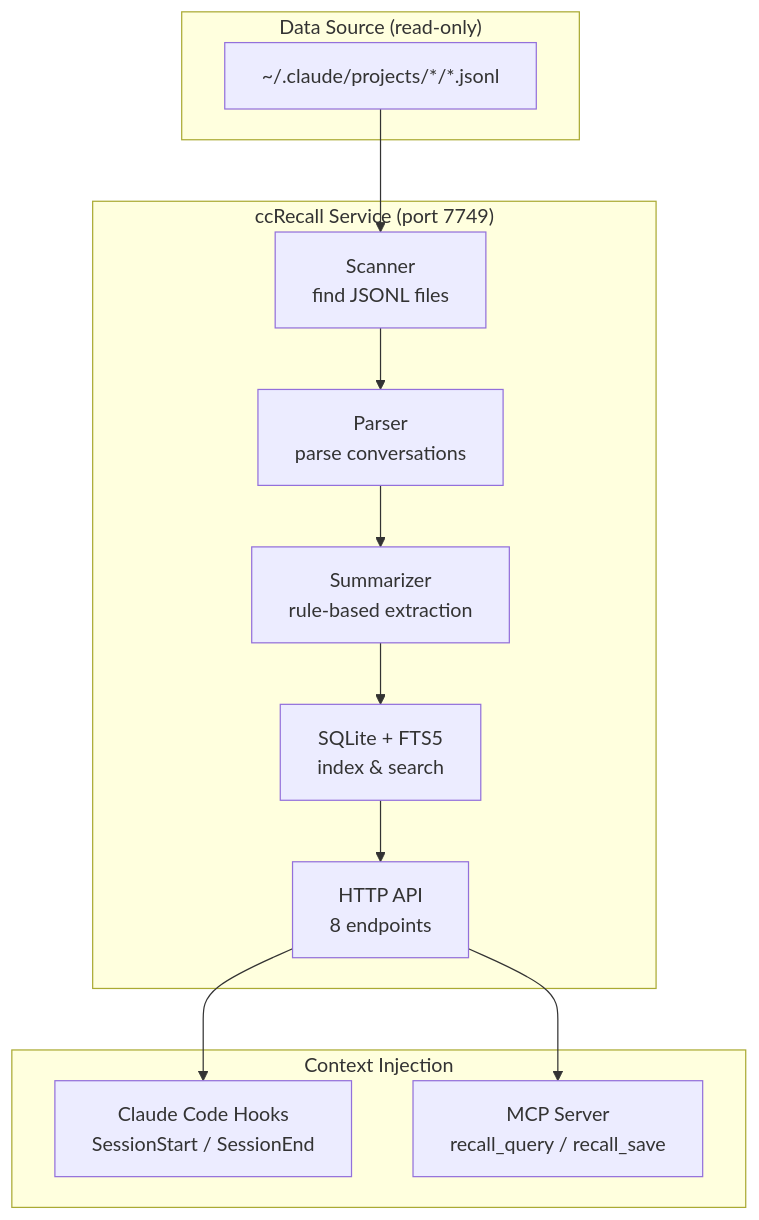
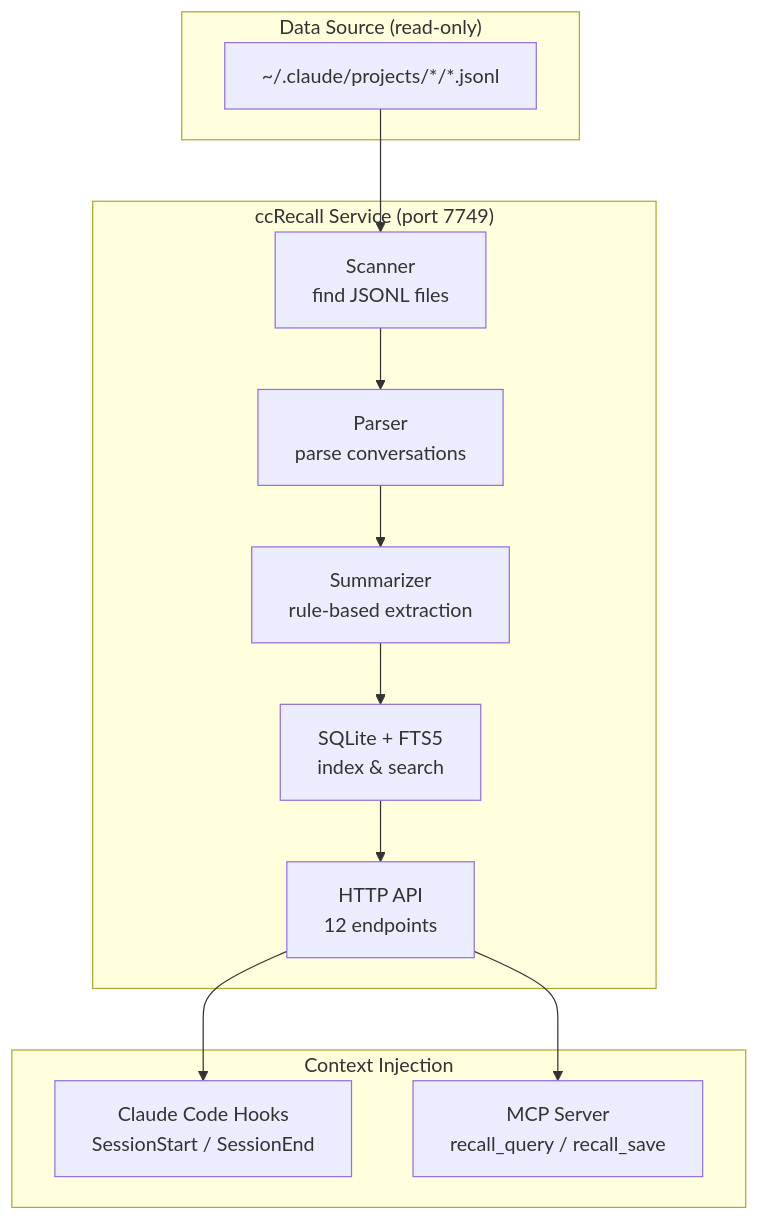
One commit to tznthou/ccRecall changed the diagram in README.md. Above: the diagram before and after it, drawn with Mermaid. The commit also changed other lines of this file and 6 other files, not shown here.

````diff
--- a/README.md
+++ b/README.md
@@ -56,24 +57,24 @@
 ```mermaid
 flowchart TB
     subgraph Input["Data Source (read-only)"]
         JSONL["~/.claude/projects/*/*.jsonl"]
     end
 
     subgraph Core["ccRecall Service (port 7749)"]
         Scanner["Scanner<br/>find JSONL files"]
         Parser["Parser<br/>parse conversations"]
         Summarizer["Summarizer<br/>rule-based extraction"]
         DB["SQLite + FTS5<br/>index & search"]
-        API["HTTP API<br/>8 endpoints"]
+        API["HTTP API<br/>12 endpoints"]
     end
 
     subgraph Consumers["Context Injection"]
         Hook["Claude Code Hooks<br/>SessionStart / SessionEnd"]
         MCP["MCP Server<br/>recall_query / recall_save"]
     end
 
     JSONL --> Scanner --> Parser --> Summarizer --> DB
     DB --> API
     API --> Hook
     API --> MCP
 ```
````
